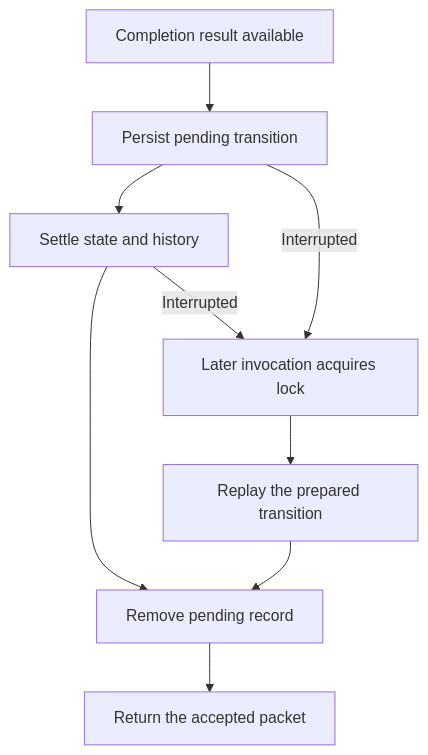
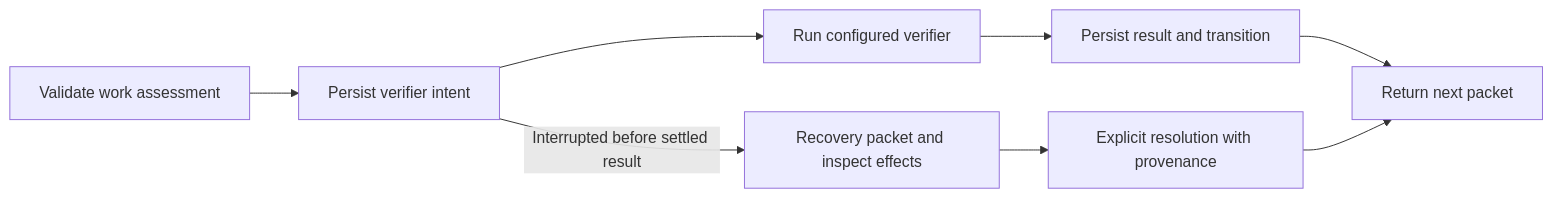
One commit to whichguy/until-loop changed the fifth of 5 diagrams in README.md. Above: the diagram before and after it, drawn with Mermaid. The commit also changed other lines of this file and 49 other files, not shown here.

````diff
--- a/README.md
+++ b/README.md
@@ -475,11 +373,10 @@
 ```mermaid
-flowchart TD
-    Result[Completion result available] --> Prepare[Persist pending transition]
-    Prepare --> Apply[Settle state and history]
-    Apply --> Remove[Remove pending record]
-    Remove --> Packet[Return the accepted packet]
-    Prepare -->|Interrupted| Resume[Later invocation acquires lock]
-    Apply -->|Interrupted| Resume
-    Resume --> Recover[Replay the prepared transition]
-    Recover --> Remove
+flowchart LR
+    Submit[Validate work assessment] --> Intent[Persist verifier intent]
+    Intent --> Check[Run configured verifier]
+    Check --> Commit[Persist result and transition]
+    Commit --> Packet[Return next packet]
+    Intent -->|Interrupted before settled result| Inspect[Recovery packet and inspect effects]
+    Inspect --> Resolve[Explicit resolution with provenance]
+    Resolve --> Packet
 ```
````
